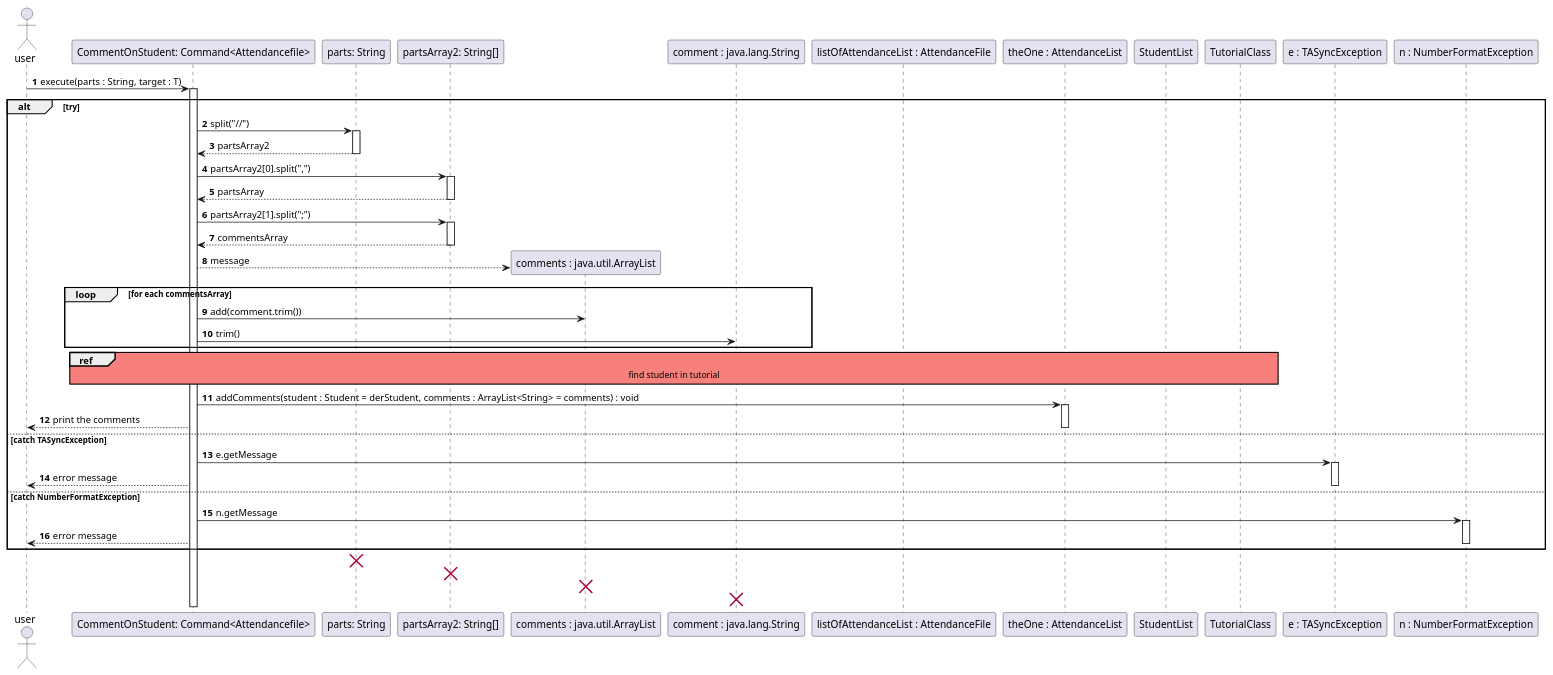
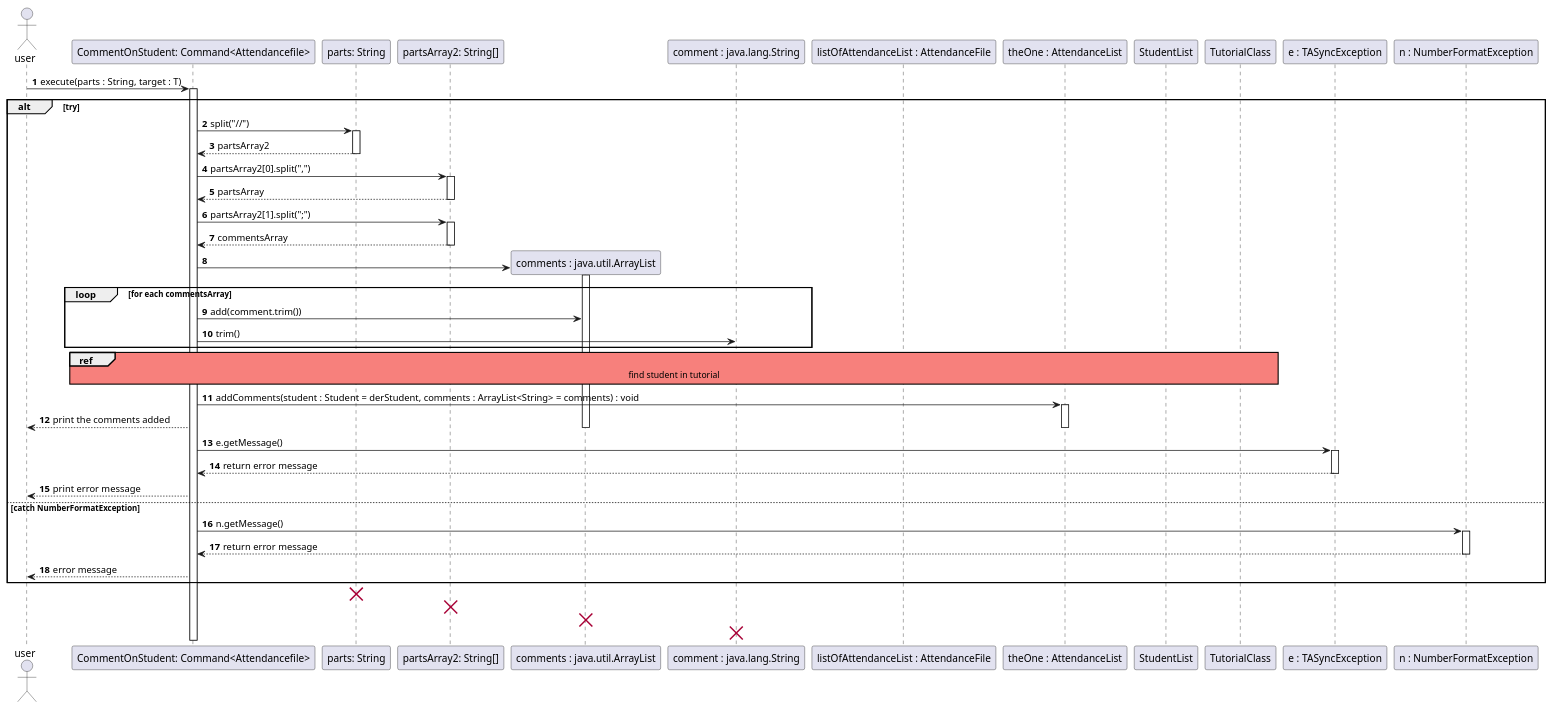
One commit to wongyihao02/tp changed the diagram in docs/diagrams/attendancelistcommands/CommentOnStudentCommandSequenceDiagram.puml. Above: the diagram before and after it, drawn with PlantUML. The commit also changed 22 other files, not shown here.

Commit message:
added success message printing for attendance list commands that prev printed nothing.Updated seq diagrams , UG and DG for attendancelist commands

```diff
--- a/docs/diagrams/attendancelistcommands/CommentOnStudentCommandSequenceDiagram.puml
+++ b/docs/diagrams/attendancelistcommands/CommentOnStudentCommandSequenceDiagram.puml
@@ -1,76 +1,77 @@
 @startuml
 'https://plantuml.com/sequence-diagram
 actor user
 autonumber
 
 participant "CommentOnStudent: Command<Attendancefile>" as command
 participant "parts: String" as parts
 participant "partsArray2: String[]" as partsArray
 participant "comments : java.util.ArrayList" as comments
 participant "comment : java.lang.String" as comment
 participant "listOfAttendanceList : AttendanceFile" as listOfAttendanceList
 participant "theOne : AttendanceList" as theOne
 participant "StudentList" as studentList
 participant "TutorialClass" as tutorialClass
 participant "e : TASyncException" as e
 participant "n : NumberFormatException" as n
 
 
 skinparam sequenceReferenceBackgroundColor #f7807c
 skinparam sequenceAltBackgroundColor #f7807c
 
 
 user -> command : execute(parts : String, target : T)
 activate command
 alt try
 
     command -> parts : split("//")
     activate parts
     parts --> command : partsArray2
     deactivate parts
     command -> partsArray : partsArray2[0].split(",")
     activate partsArray
     command <-- partsArray : partsArray
     deactivate partsArray
     command -> partsArray : partsArray2[1].split(";")
     activate partsArray
     command <-- partsArray : commentsArray
     deactivate partsArray
     create comments
-    command --> comments: message
+    command -> comments
+    activate comments
 
     loop for each commentsArray
     command -> comments : add(comment.trim())
     command -> comment : trim()
     end loop
 
 ref over command, listOfAttendanceList, theOne, tutorialClass, studentList
 find student in tutorial
 end ref
 
 
     command -> theOne : addComments(student : Student = derStudent, comments : ArrayList<String> = comments) : void
     activate theOne
-    command --> user : print the comments
+    command --> user : print the comments added
+    deactivate comments
 
 deactivate theOne
-    else catch TASyncException
+    command -> e : e.getMessage()
+        activate e
+        e --> command : return error message
+        deactivate e
+        command --> user  : print error message
 
-
-    command -> e : e.getMessage
-    activate e
-    user <-- command : error message
-    deactivate e
-
-    else catch NumberFormatException
-     command -> n : n.getMessage
-     activate n
-     user <-- command : error message
-     deactivate n
+        else catch NumberFormatException
+         command -> n : n.getMessage()
+         activate n
+         n --> command : return error message
+         deactivate n
+         command --> user : error message
 end
 destroy parts
 destroy partsArray
 destroy comments
 destroy comment
 
 @enduml
```
